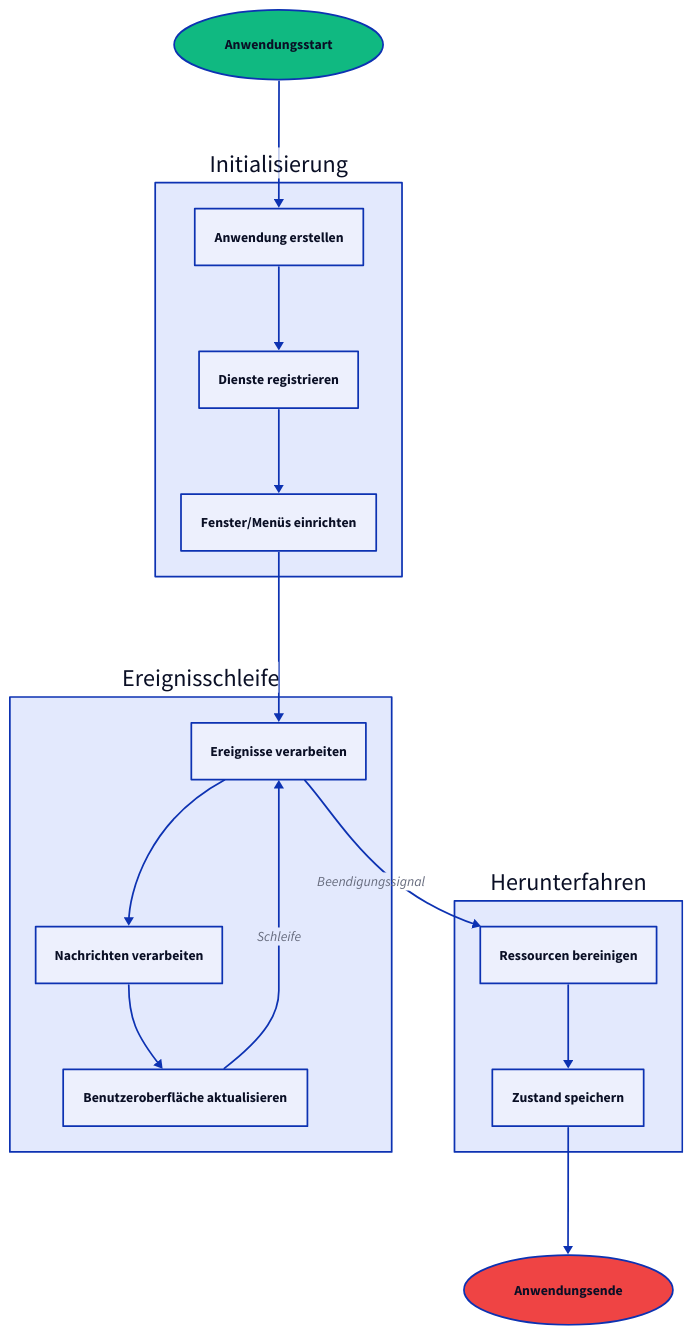
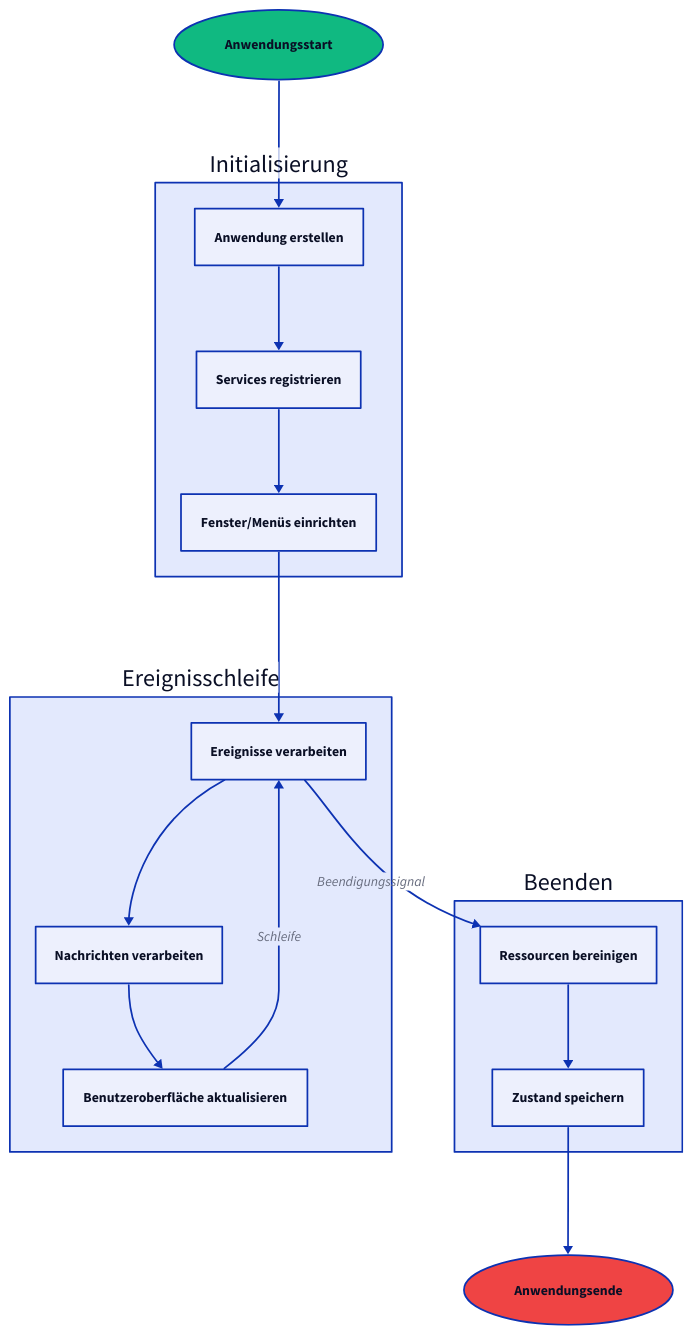
The fourth of 8 diagrams in docs/mpress/content/de/concepts/architecture.md (wailsapp/wails), drawn with D2 before and after one commit. The commit also changed other lines of this file and 1096 other files, not shown here.

````diff
--- a/docs/mpress/content/de/concepts/architecture.md
+++ b/docs/mpress/content/de/concepts/architecture.md
@@ -258,62 +258,62 @@
 ```d2
 direction: down
 
 Start: Anwendungsstart {
   shape: oval
   style.fill: "#10B981"
 }
 
 Init: Initialisierung {
   Create: Anwendung erstellen {
     shape: rectangle
   }
 
-  Register: Dienste registrieren {
+  Register: Services registrieren {
     shape: rectangle
   }
 
   Setup: Fenster/Menüs einrichten {
     shape: rectangle
   }
 }
 
 Run: Ereignisschleife {
   Events: Ereignisse verarbeiten {
     shape: rectangle
   }
 
   Messages: Nachrichten verarbeiten {
     shape: rectangle
   }
 
   Render: Benutzeroberfläche aktualisieren {
     shape: rectangle
   }
 }
 
-Shutdown: Herunterfahren {
+Shutdown: Beenden {
   Cleanup: Ressourcen bereinigen {
     shape: rectangle
   }
 
   Save: Zustand speichern {
     shape: rectangle
   }
 }
 
 End: Anwendungsende {
   shape: oval
   style.fill: "#EF4444"
 }
 
 Start -> Init.Create
 Init.Create -> Init.Register
 Init.Register -> Init.Setup
 Init.Setup -> Run.Events
 Run.Events -> Run.Messages
 Run.Messages -> Run.Render
 Run.Render -> Run.Events: Schleife
 Run.Events -> Shutdown.Cleanup: Beendigungssignal
 Shutdown.Cleanup -> Shutdown.Save
 Shutdown.Save -> End
 ```
````
